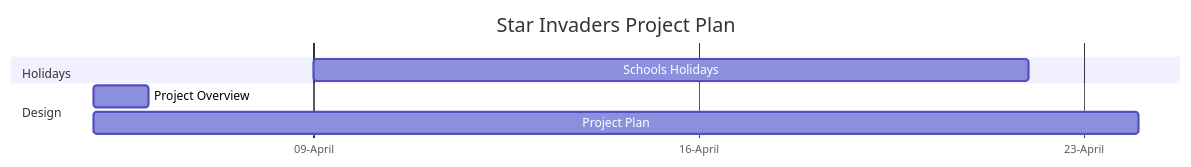
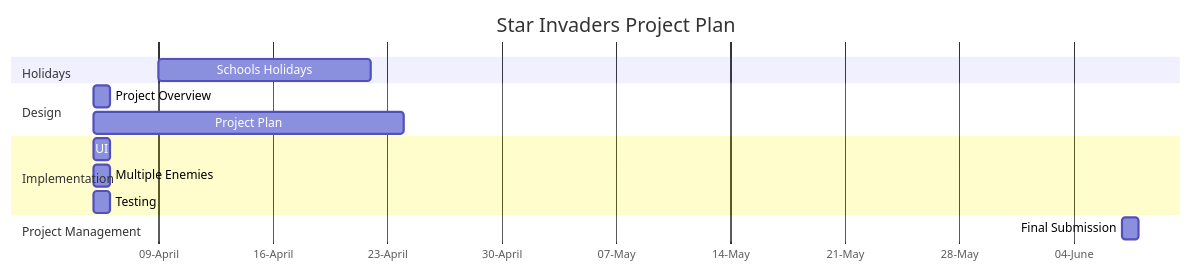
Before and after one commit to RyanCather/SpaceInvader2023: the diagram in design.md, drawn with Mermaid.

Commit message:
updated plan

````diff
--- a/design.md
+++ b/design.md
@@ -24,15 +24,25 @@
 ```mermaid
 gantt
     title Star Invaders Project Plan
     dateFormat DD-MM-YY
     axisFormat %d-%B
     tickInterval 1week
 
     section Holidays
     Schools Holidays: 09-04-23,22-04-23
 
     section Design
     Project Overview:05-04-23, 1d
     Project Plan: 05-04-23, 24-04-23
 
+
+    section Implementation
+    UI: 05-04-23, 1d
+    Multiple Enemies:05-04-23, 1d
+
+    Testing: 05-04-23, 1d
+
+    section Project Management
+    Final Submission: 07-06-23, 1d
+
 ```
````
